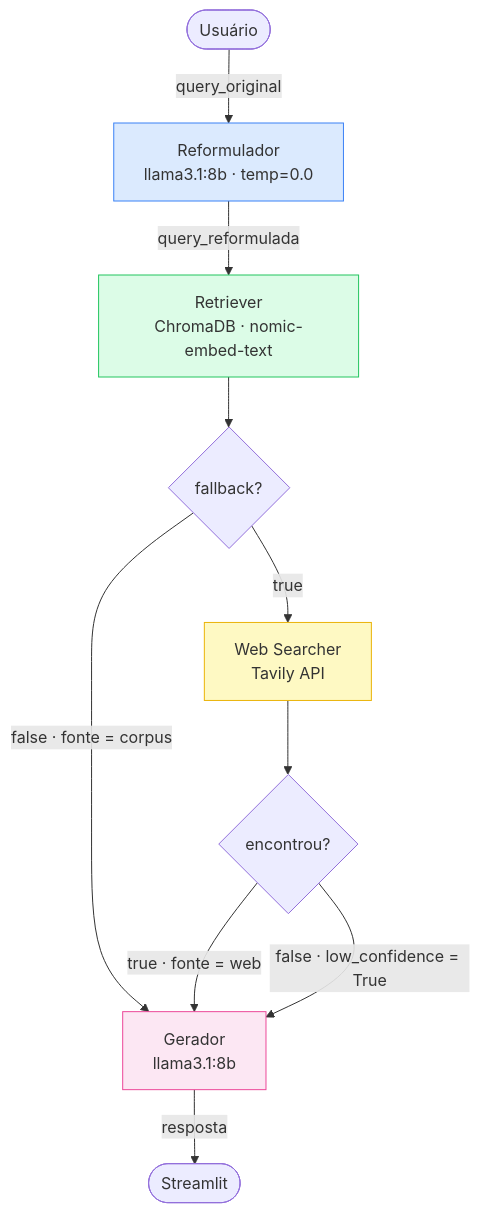
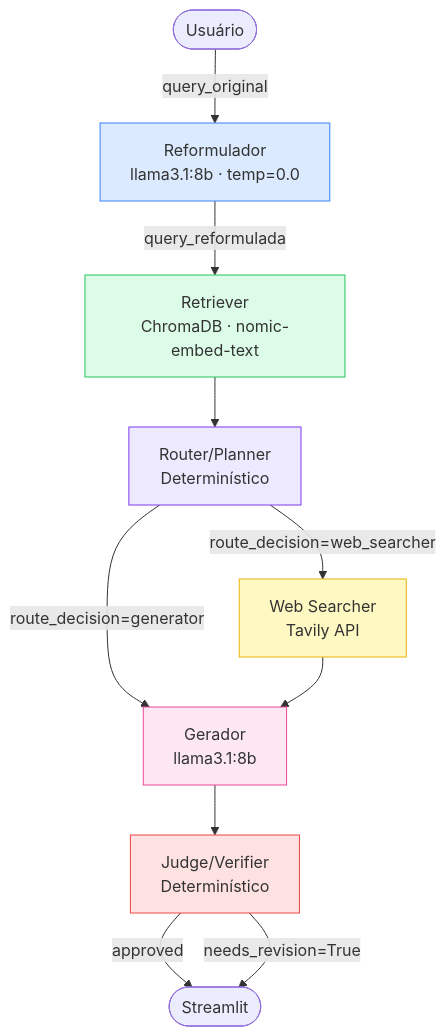
The diagram in docs/architecture.md (antonioheitorga/processo-seletivo-2026), drawn with Mermaid before and after one commit. The commit also changed other lines of this file and 4 other files, not shown here.

Commit message:
refactor: enforce multi-agent graph with explicit router and judge nodes

````diff
--- a/docs/architecture.md
+++ b/docs/architecture.md
@@ -10,27 +10,29 @@
 ```mermaid
 flowchart TD
     U(["Usuário"]) -->|query_original| REFORM
 
     REFORM["Reformulador\nllama3.1:8b · temp=0.0"]
     REFORM -->|query_reformulada| RET
 
     RET["Retriever\nChromaDB · nomic-embed-text"]
-    RET --> COND{fallback?}
+    RET --> ROUTER["Router/Planner\nDeterminístico"]
 
-    COND -- "false · fonte = corpus" --> GEN
-    COND -- true --> WS
+    ROUTER -->|route_decision=generator| GEN
+    ROUTER -->|route_decision=web_searcher| WS
 
     WS["Web Searcher\nTavily API"]
-    WS --> COND2{encontrou?}
-
-    COND2 -- "true · fonte = web" --> GEN
-    COND2 -- "false · low_confidence = True" --> GEN
+    WS --> GEN
 
     GEN["Gerador\nllama3.1:8b"]
-    GEN -->|resposta| UI(["Streamlit"])
+    GEN --> JUDGE["Judge/Verifier\nDeterminístico"]
+
+    JUDGE -->|approved| UI(["Streamlit"])
+    JUDGE -->|needs_revision=True| UI
 
     style REFORM fill:#dbeafe,stroke:#3b82f6
     style RET    fill:#dcfce7,stroke:#22c55e
+    style ROUTER fill:#ede9fe,stroke:#7c3aed
     style WS     fill:#fef9c3,stroke:#eab308
     style GEN    fill:#fce7f3,stroke:#ec4899
+    style JUDGE  fill:#fee2e2,stroke:#ef4444
 ```
````
